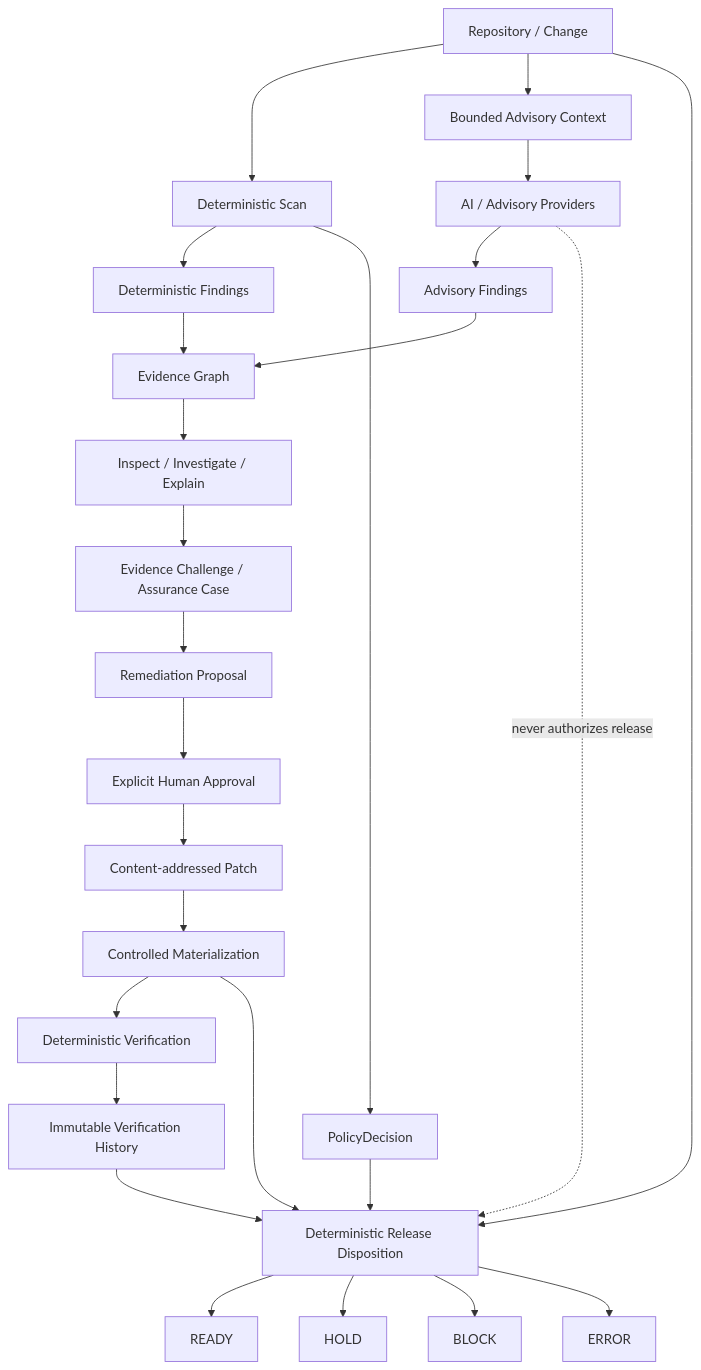
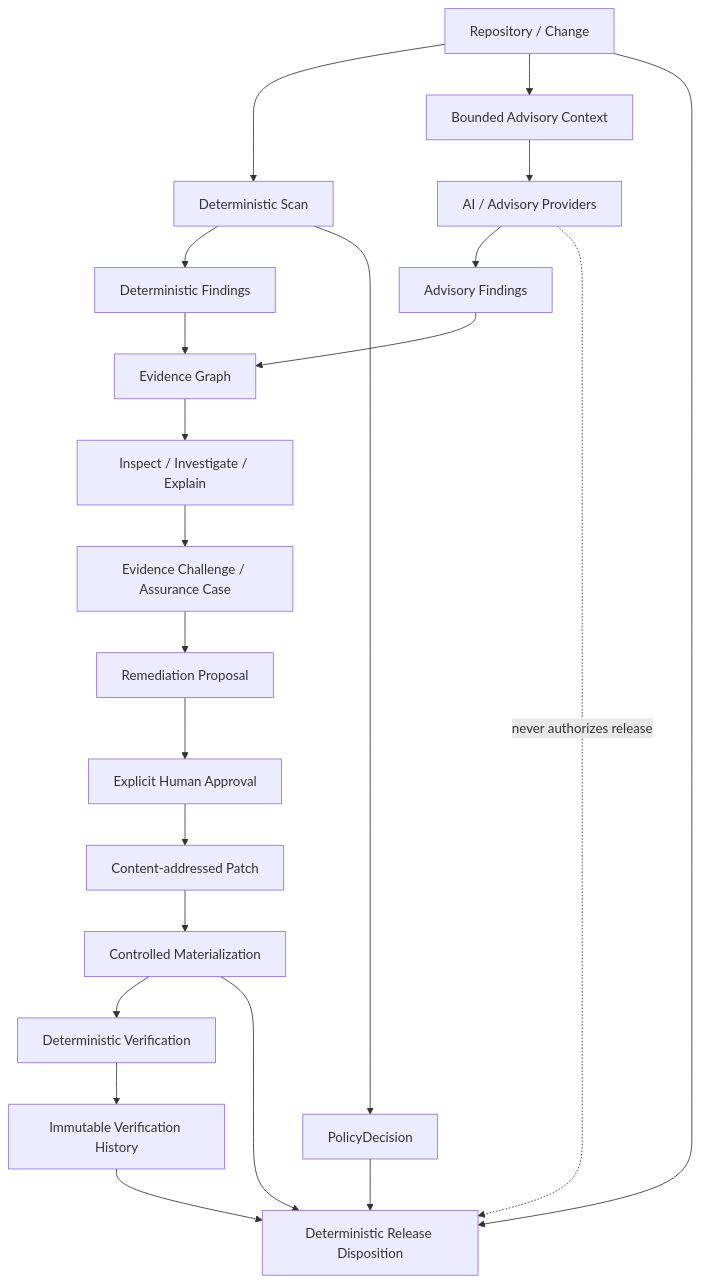
Before and after one commit to haytamAroui/befor-deploy-for-vibe-coder: the diagram in README.md, drawn with Mermaid. The commit also changed other lines of this file, not shown here.

````diff
--- a/README.md
+++ b/README.md
@@ -61,34 +253,29 @@
 ```mermaid
 flowchart TD
     Repo[Repository / Change] --> Scan[Deterministic Scan]
     Repo --> Context[Bounded Advisory Context]
 
     Context --> AI[AI / Advisory Providers]
     AI --> Findings[Advisory Findings]
     Scan --> Deterministic[Deterministic Findings]
 
     Findings --> Graph[Evidence Graph]
     Deterministic --> Graph
     Graph --> Investigate[Inspect / Investigate / Explain]
     Investigate --> Challenge[Evidence Challenge / Assurance Case]
     Challenge --> Proposal[Remediation Proposal]
 
     Proposal --> Human[Explicit Human Approval]
     Human --> Patch[Content-addressed Patch]
     Patch --> Materialize[Controlled Materialization]
     Materialize --> Verify[Deterministic Verification]
     Verify --> History[Immutable Verification History]
 
     Scan --> Policy[PolicyDecision]
     Policy --> Release[Deterministic Release Disposition]
     History --> Release
     Materialize --> Release
     Repo --> Release
 
-    Release --> Ready[READY]
-    Release --> Hold[HOLD]
-    Release --> Block[BLOCK]
-    Release --> Error[ERROR]
-
     AI -. never authorizes release .-> Release
 ```
````
